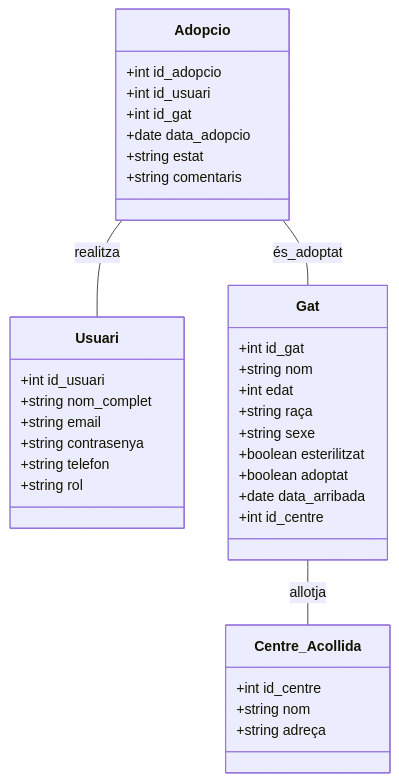
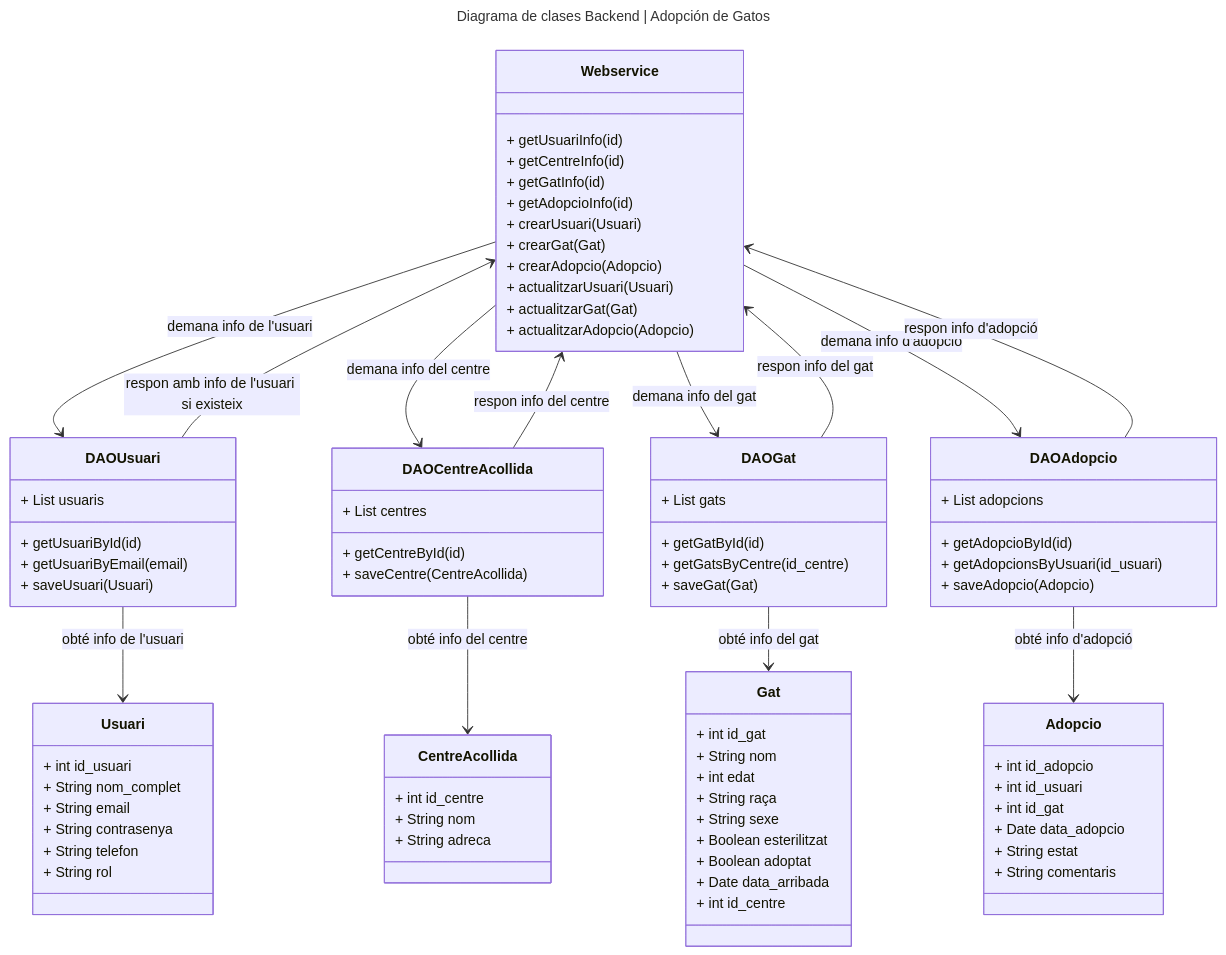
Before and after one commit to lauragrr1/Projecte-Entorns: the diagram in backEnd.mmd, drawn with Mermaid.

```diff
--- a/backEnd.mmd
+++ b/backEnd.mmd
@@ -1,38 +1,96 @@
+---
+title: Diagrama de clases Backend | Adopción de Gatos
+---
+
 classDiagram
-direction BT
-    class Usuari {
-	    +int id_usuari
-	    +string nom_complet
-	    +string email
-	    +string contrasenya
-	    +string telefon
-	    +string rol
-    }
-    class Gat {
-	    +int id_gat
-	    +string nom
-	    +int edat
-	    +string raça
-	    +string sexe
-	    +boolean esterilitzat
-	    +boolean adoptat
-	    +date data_arribada
-	    +int id_centre
-    }
-    class Centre_Acollida {
-	    +int id_centre
-	    +string nom
-	    +string adreça
-    }
-    class Adopcio {
-	    +int id_adopcio
-	    +int id_usuari
-	    +int id_gat
-	    +date data_adopcio
-	    +string estat
-	    +string comentaris
+    Webservice --> DAOUsuari : demana info de l'usuari
+    DAOUsuari --> Usuari : obté info de l'usuari
+    DAOUsuari --> Webservice : respon amb info de l'usuari si existeix
+
+    Webservice --> DAOCentreAcollida : demana info del centre
+    DAOCentreAcollida --> CentreAcollida : obté info del centre
+    DAOCentreAcollida --> Webservice : respon info del centre
+
+    Webservice --> DAOGat : demana info del gat
+    DAOGat --> Gat : obté info del gat
+    DAOGat --> Webservice : respon info del gat
+
+    Webservice --> DAOAdopcio : demana info d'adopció
+    DAOAdopcio --> Adopcio : obté info d'adopció
+    DAOAdopcio --> Webservice : respon info d'adopció
+
+    class Webservice {
+        + getUsuariInfo(id)
+        + getCentreInfo(id)
+        + getGatInfo(id)
+        + getAdopcioInfo(id)
+        + crearUsuari(Usuari)
+        + crearGat(Gat)
+        + crearAdopcio(Adopcio)
+        + actualitzarUsuari(Usuari)
+        + actualitzarGat(Gat)
+        + actualitzarAdopcio(Adopcio)
     }
 
-    Usuari -- Adopcio : realitza
-    Gat -- Adopcio : és_adoptat
-    Centre_Acollida -- Gat : allotja
+    class DAOUsuari {
+        + List<Usuari> usuaris
+        + getUsuariById(id)
+        + getUsuariByEmail(email)
+        + saveUsuari(Usuari)
+    }
+
+    class DAOCentreAcollida {
+        + List<CentreAcollida> centres
+        + getCentreById(id)
+        + saveCentre(CentreAcollida)
+    }
+
+    class DAOGat {
+        + List<Gat> gats
+        + getGatById(id)
+        + getGatsByCentre(id_centre)
+        + saveGat(Gat)
+    }
+
+    class DAOAdopcio {
+        + List<Adopcio> adopcions
+        + getAdopcioById(id)
+        + getAdopcionsByUsuari(id_usuari)
+        + saveAdopcio(Adopcio)
+    }
+
+    class Usuari {
+        + int id_usuari
+        + String nom_complet
+        + String email
+        + String contrasenya
+        + String telefon
+        + String rol
+    }
+
+    class CentreAcollida {
+        + int id_centre
+        + String nom
+        + String adreca
+    }
+
+    class Gat {
+        + int id_gat
+        + String nom
+        + int edat
+        + String raça
+        + String sexe
+        + Boolean esterilitzat
+        + Boolean adoptat
+        + Date data_arribada
+        + int id_centre
+    }
+
+    class Adopcio {
+        + int id_adopcio
+        + int id_usuari
+        + int id_gat
+        + Date data_adopcio
+        + String estat
+        + String comentaris
+    }
```
